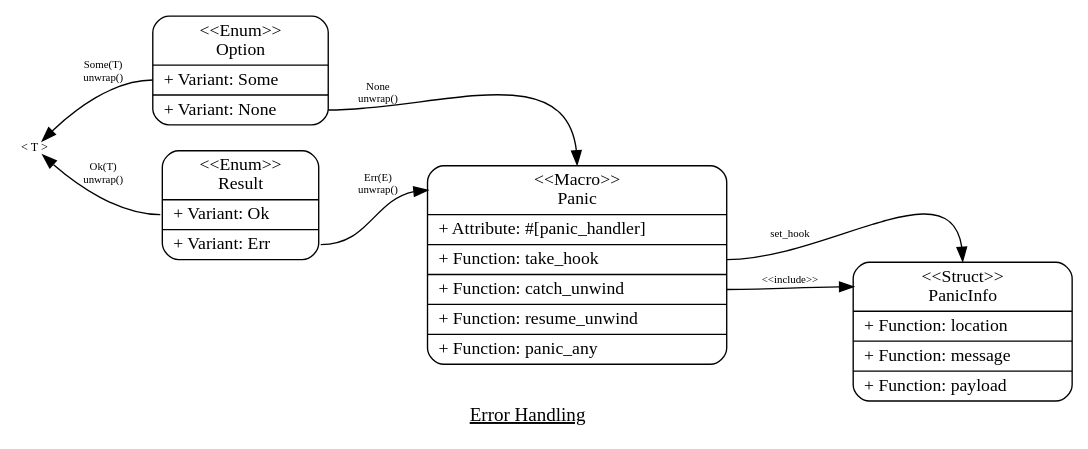
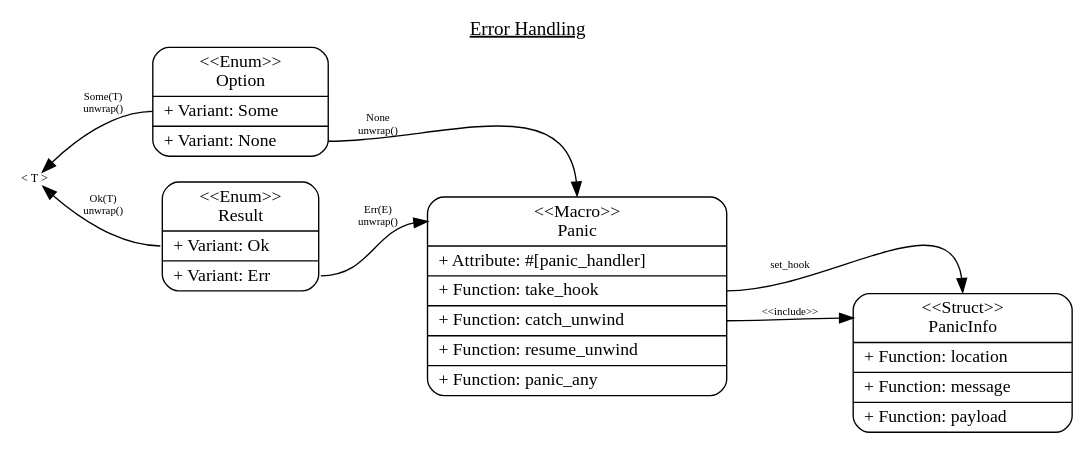
The diagram in error-handling.gv (rust-lang/project-error-handling), drawn with Graphviz before and after one commit.

Commit message:
Pushed title to top

```diff
--- a/error-handling.gv
+++ b/error-handling.gv
@@ -1,90 +1,91 @@
 digraph g {
     graph [
         rankdir = "LR";
+        // title
+        labelloc= "t";
         label= <<u>Error Handling</u>>;
     ];
 
     node [
         fontsize = "13"
         shape = "Mrecord"
     ];
     
     T [
         label = "&lt; T &gt;"
         shape = plain
         fontsize=9
-        PORT = "f0"
         id = 0
     ];
 
     Result [
         label = "&lt;&lt;Enum&gt;&gt;\nResult|
                  <f0> + Variant: Ok \l | 
                  <f1> + Variant: Err \l"
         id = 1
     ];
 
     Option [
         label = "&lt;&lt;Enum&gt;&gt;\nOption|
                  <f0> + Variant: Some \l | 
                  <f1> + Variant: None \l"
         id = 2
     ];
 
     Panic [
         label = "<f0> &lt;&lt;Macro&gt;&gt;\nPanic |
                  <f1> + Attribute: #[panic_handler] \l | 
                  <f2> + Function: take_hook \l |
                  <f3> + Function: catch_unwind \l |
                  <f4> + Function: resume_unwind \l |
                  <f5> + Function: panic_any \l"
         id = 3
     ];
 
     PanicInfo [
         label = "<f0> &lt;&lt;Struct&gt;&gt;\nPanicInfo |
                  <f1> + Function: location \l |
                  <f2> + Function: message \l |
                  <f3> + Function: payload \l"
         id = 4
     ];
 
     // Layout
     
     // T to Option {reverse direction i.e. <-}
-    {T:f0 -> Option:f0 [
+    {T -> Option:f0 [
         dir=back
         label="Some(T)\nunwrap()"
         fontsize=8
     ];
     } 
 
-    Result:f0 -> T:f0 [
+    Result:f0 -> T [
         label="Ok(T)\nunwrap()" 
         fontsize=8
     ];
         
     Result:f1 -> Panic:f0 [
         label="Err(E)\nunwrap()"
         fontsize=8
 
     ];  
 
     Option:f1 -> Panic:f0:n [
         label="None\nunwrap()"
         fontsize=8
     ];
 
     Panic:f2 -> PanicInfo:f0:n [
         label="set_hook"
         fontsize=8
     ];
 
     Panic:f3 -> PanicInfo:f0 [
         label="&lt;&lt;include&gt;&gt;"
         fontsize=8
     ];
     
     {rank=same; Result Option;}    
 
 }
```
